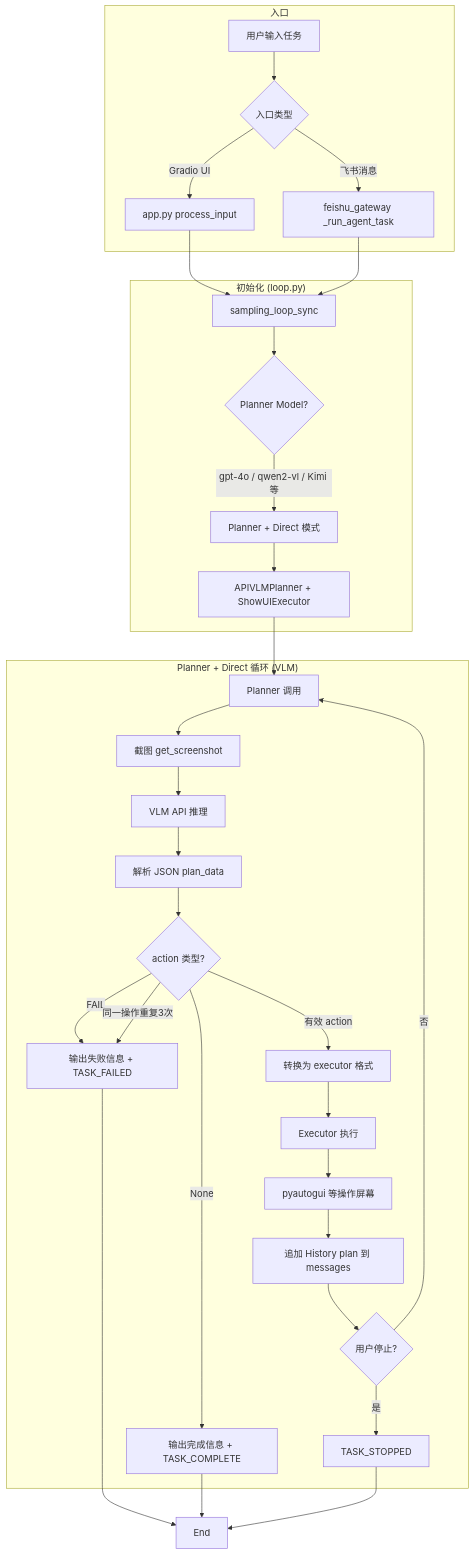
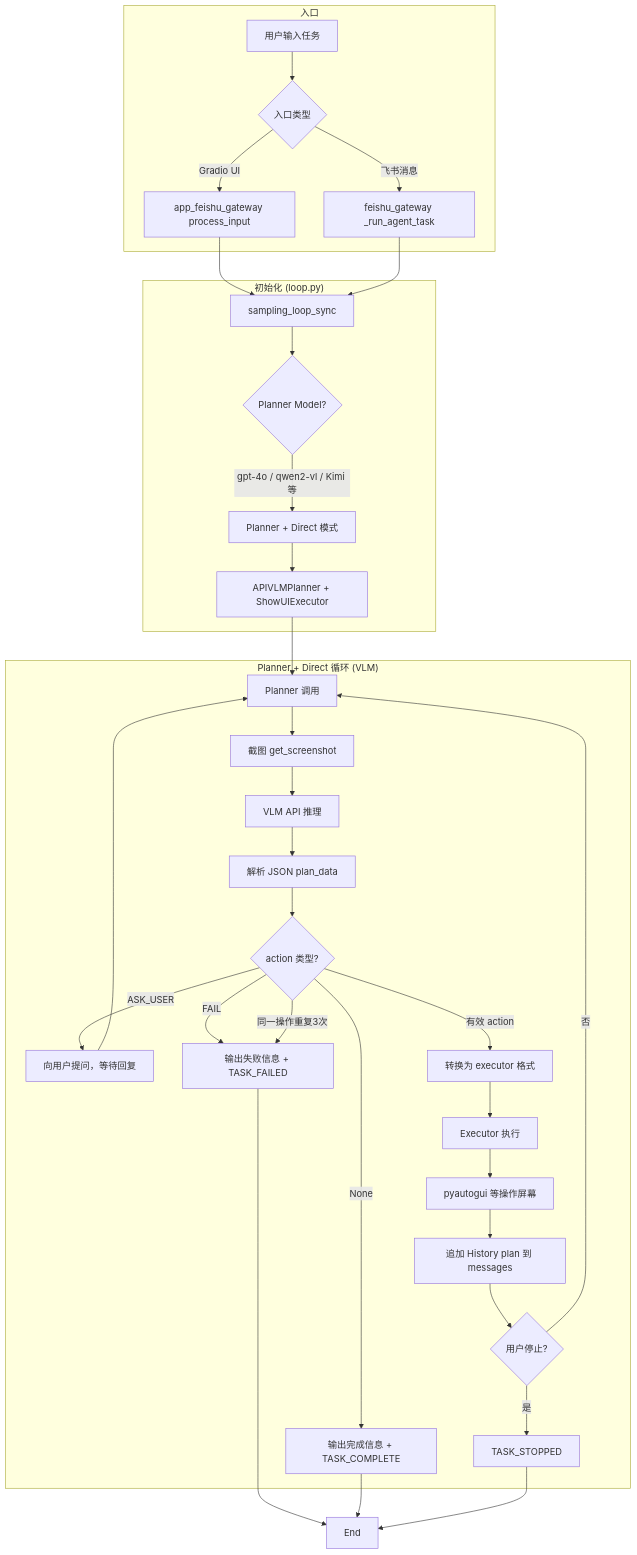
Before and after one commit to crown-hg-h/deskclaw: the first of 4 diagrams in docs/WORKFLOW.md, drawn with Mermaid. The commit also changed other lines of this file and 7 other files, not shown here.

````diff
--- a/docs/WORKFLOW.md
+++ b/docs/WORKFLOW.md
@@ -5,42 +5,44 @@
 ```mermaid
 flowchart TB
     subgraph Entry["入口"]
         A[用户输入任务] --> B{入口类型}
-        B -->|Gradio UI| C[app.py process_input]
+        B -->|Gradio UI| C[app_feishu_gateway process_input]
         B -->|飞书消息| D[feishu_gateway _run_agent_task]
     end
 
     C --> E[sampling_loop_sync]
     D --> E
 
     subgraph Init["初始化 (loop.py)"]
         E --> F{Planner Model?}
         F -->|gpt-4o / qwen2-vl / Kimi 等| H[Planner + Direct 模式]
         H --> H2[APIVLMPlanner + ShowUIExecutor]
     end
 
     subgraph PlannerActorLoop["Planner + Direct 循环 (VLM)"]
         H2 --> P1[Planner 调用]
         
         P1 --> P2[截图 get_screenshot]
         P2 --> P3[VLM API 推理]
         P3 --> P4[解析 JSON plan_data]
         P4 --> P5{action 类型?}
         
+        P5 -->|ASK_USER| P5a[向用户提问，等待回复]
+        P5a --> P1
         P5 -->|FAIL| P6[输出失败信息 + TASK_FAILED]
         P5 -->|同一操作重复3次| P6
         P5 -->|None| P7[输出完成信息 + TASK_COMPLETE]
         P5 -->|有效 action| P8[转换为 executor 格式]
         
         P8 --> P9[Executor 执行]
         P9 --> P10[pyautogui 等操作屏幕]
         P10 --> P11[追加 History plan 到 messages]
         P11 --> P12{用户停止?}
         P12 -->|是| P13[TASK_STOPPED]
         P12 -->|否| P1
     end
 
     P6 --> End
     P7 --> End
     P13 --> End
 ```
````
